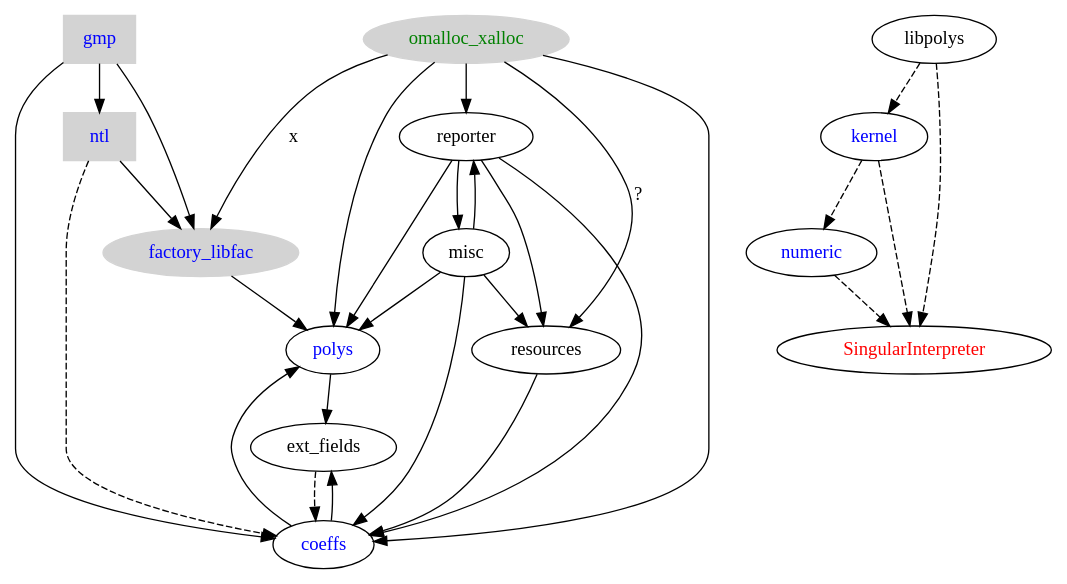
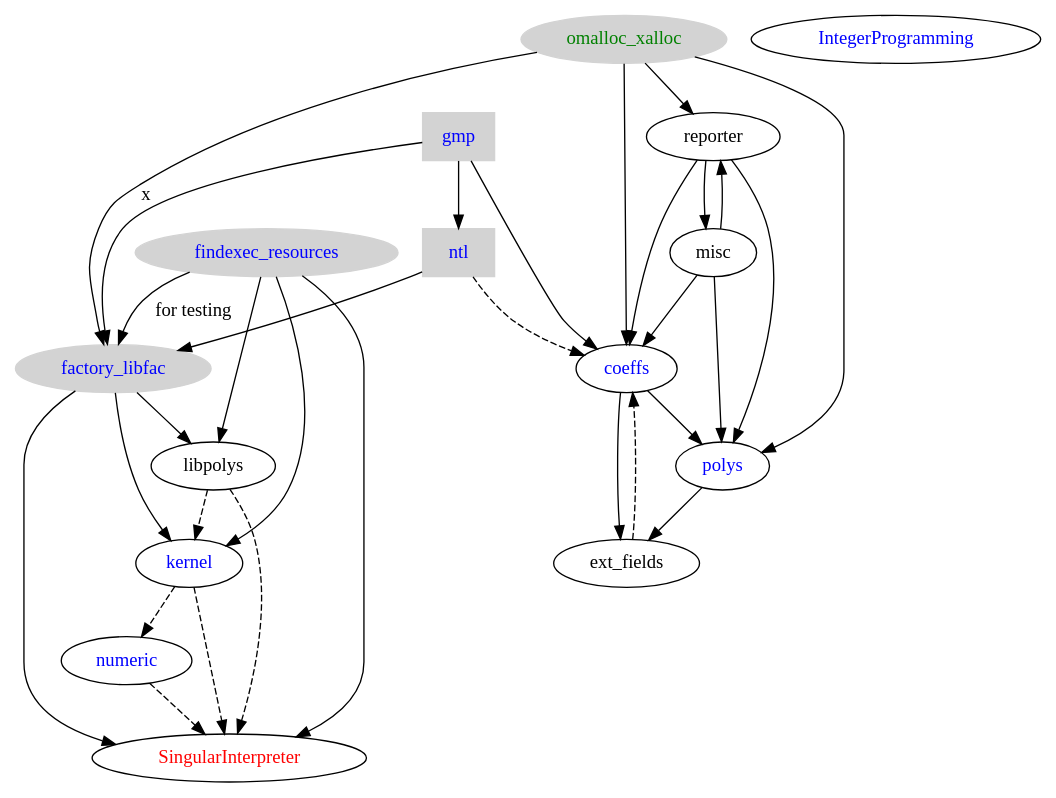
The diagram in singular.dot (Singular/Singular), drawn with Graphviz before and after one commit.

Commit message:
update of Singular structure diagramm
add: findexec_resources
del: removed resources
add: IntegerProgramming

```diff
--- a/singular.dot
+++ b/singular.dot
@@ -1,49 +1,57 @@
 digraph singular {
 	gmp [ color=lightgrey, fontcolor=blue, style=filled, shape=box ];
 	gmp -> ntl;
 	gmp -> factory_libfac;
 	gmp -> coeffs;
 	ntl [ color=lightgrey, fontcolor=blue, style=filled, shape=box ];
 	ntl -> factory_libfac;
 	omalloc_xalloc [ color=lightgrey, fontcolor=green, style=filled ];
 	omalloc_xalloc -> factory_libfac [label="x"];
 	omalloc_xalloc -> reporter;
-	omalloc_xalloc -> resources [label="?"];
 	omalloc_xalloc -> coeffs;
 	omalloc_xalloc -> polys;
-	factory_libfac [ color=lightgrey, fontcolor=blue, style=filled ];
-	factory_libfac -> polys;
+
+        findexec_resources [ color=lightgrey, fontcolor=blue, style=filled ];
+	findexec_resources -> factory_libfac [label="for testing"];
+	findexec_resources -> libpolys;
+	findexec_resources -> kernel;
+	findexec_resources -> SingularInterpreter;
+
+        factory_libfac [ color=lightgrey, fontcolor=blue, style=filled ];
+	factory_libfac -> libpolys;
+	factory_libfac -> kernel;
+	factory_libfac -> SingularInterpreter;
+	
 	misc -> reporter;
-	misc -> resources;
 	misc -> coeffs;
 	misc -> polys;
-	reporter -> resources;
 	reporter -> coeffs;
 	reporter -> polys;
 	reporter -> misc;	
-	resources -> coeffs;
 	polys -> ext_fields;
 	coeffs -> ext_fields;	
         coeffs [ fontcolor=blue ];
 	coeffs -> polys;
 	edge [style=dashed];
 	ntl -> coeffs;
 	polys [ fontcolor=blue ];
 	ext_fields -> coeffs;
 
         kernel [ fontcolor=blue ];
 
         libpolys -> kernel;
         numeric [ fontcolor=blue ];
 	kernel -> numeric;
 	kernel -> SingularInterpreter;
         SingularInterpreter [ fontcolor=red ];
         numeric -> SingularInterpreter;
         libpolys -> SingularInterpreter;
+	
+        IntegerProgramming [ fontcolor=blue ];
 }
 
 // dot -Tpng -o singular.png singular.dot
 
 // boxed = third party
 // filled = external
 // blue = math
```
